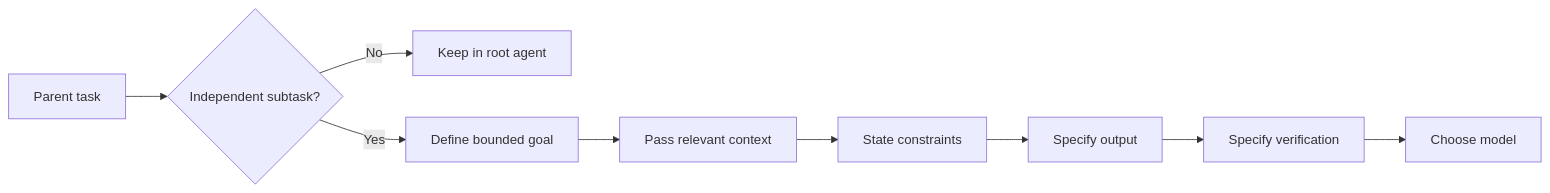
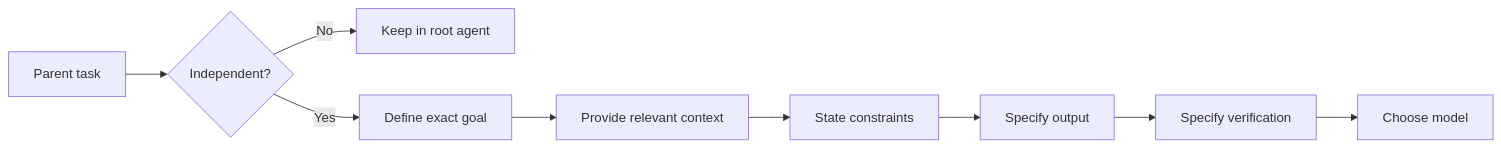
The first of 2 diagrams in README.md (koobzaar/andrej-karpathy-skills), drawn with Mermaid before and after one commit. The commit also changed other lines of this file and 1 other file, not shown here.

````diff
--- a/README.md
+++ b/README.md
@@ -159,13 +177,11 @@
 ```mermaid
 flowchart LR
-    A[Parent task] --> B{Independent subtask?}
-
+    A[Parent task] --> B{Independent?}
     B -- No --> C[Keep in root agent]
-    B -- Yes --> D[Define bounded goal]
-
-    D --> E[Pass relevant context]
+    B -- Yes --> D[Define exact goal]
+    D --> E[Provide relevant context]
     E --> F[State constraints]
     F --> G[Specify output]
     G --> H[Specify verification]
     H --> I[Choose model]
 ```
````
